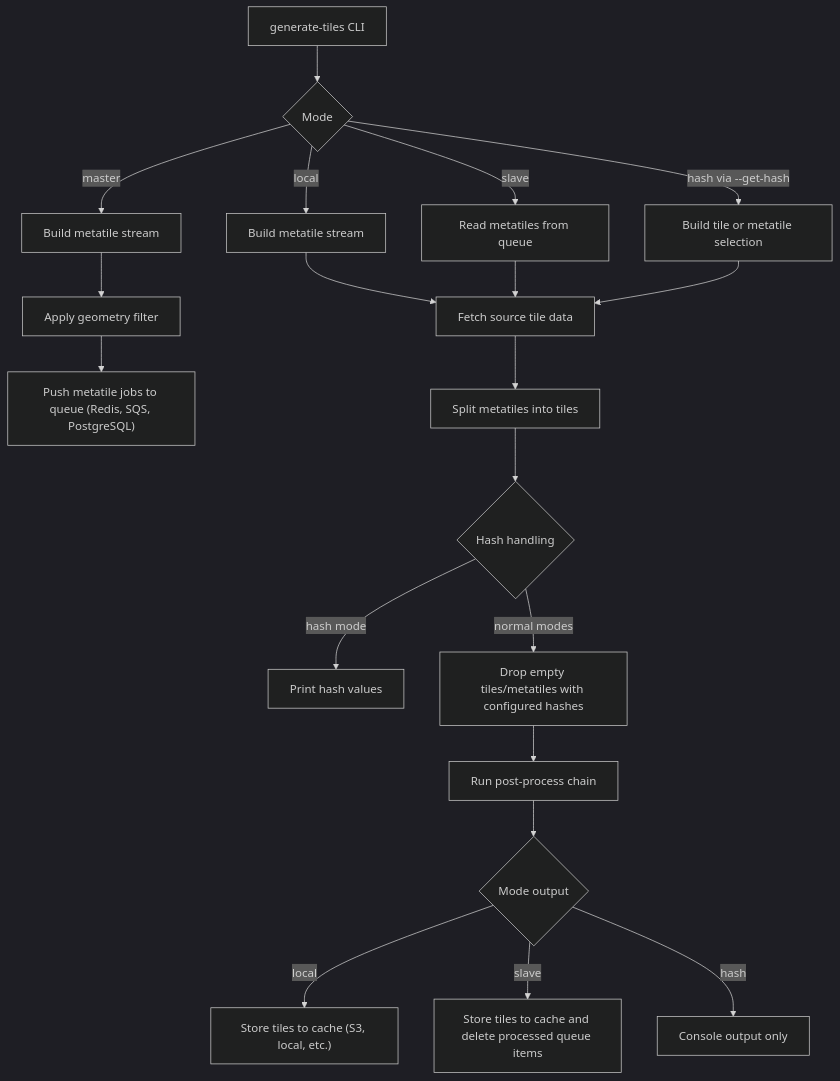
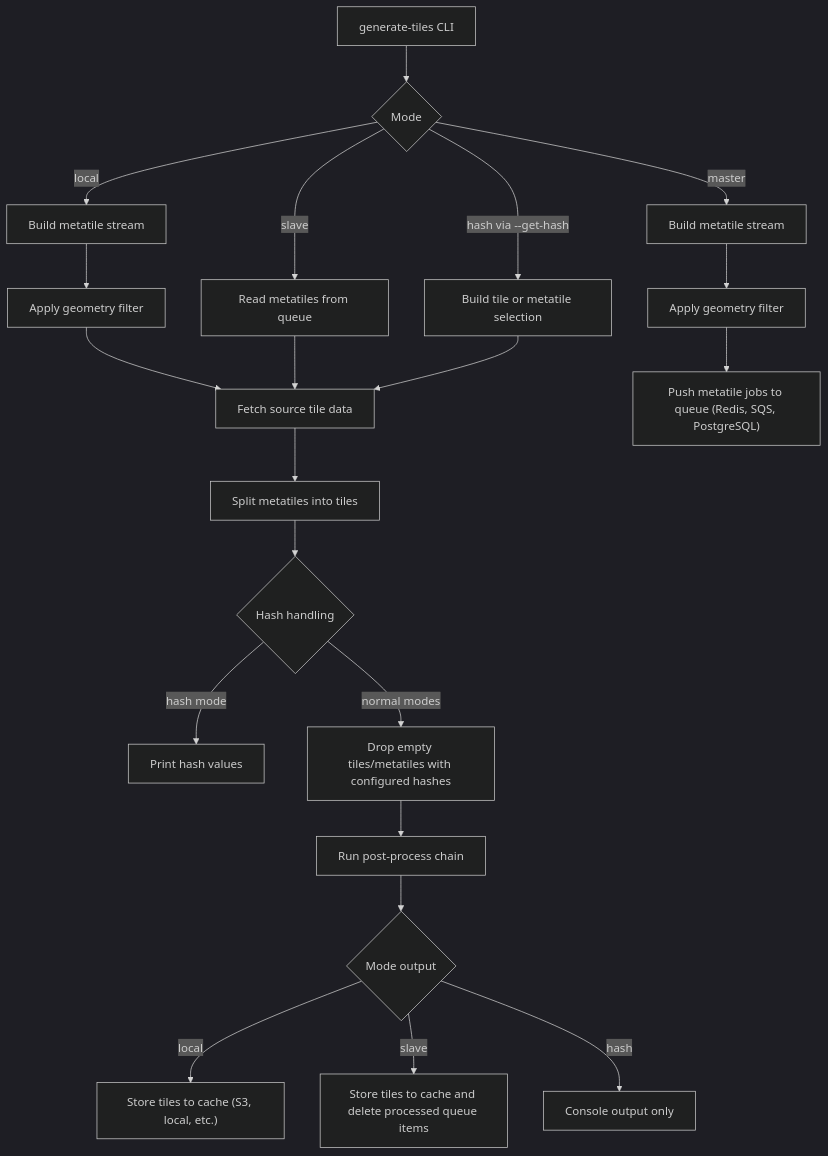
The diagram in README.md (camptocamp/tilecloud-chain), drawn with Mermaid (dark theme) before and after one commit.

Commit message:
Potential fix for pull request finding

````diff
--- a/README.md
+++ b/README.md
@@ -83,28 +83,29 @@
 ```mermaid
 flowchart TD
     A["generate-tiles CLI"] --> B{"Mode"}
 
     B -->|local| L1["Build metatile stream"]
     B -->|master| M1["Build metatile stream"]
     B -->|slave| S1["Read metatiles from queue"]
     B -->|hash via --get-hash| H1["Build tile or metatile selection"]
 
-    L1 --> C["Fetch source tile data"]
+    L1 --> L2["Apply geometry filter"]
+    L2 --> C["Fetch source tile data"]
     M1 --> M2["Apply geometry filter"]
     M2 --> O3["Push metatile jobs to queue (Redis, SQS, PostgreSQL)"]
     S1 --> C
     H1 --> C
 
     C --> D["Split metatiles into tiles"]
     D --> E{"Hash handling"}
 
     E -->|hash mode| H2["Print hash values"]
     E -->|normal modes| F["Drop empty tiles/metatiles with configured hashes"]
 
     F --> G["Run post-process chain"]
     G --> I{"Mode output"}
 
     I -->|local| O1["Store tiles to cache (S3, local, etc.)"]
     I -->|slave| O2["Store tiles to cache and delete processed queue items"]
     I -->|hash| O4["Console output only"]
 ```
````
